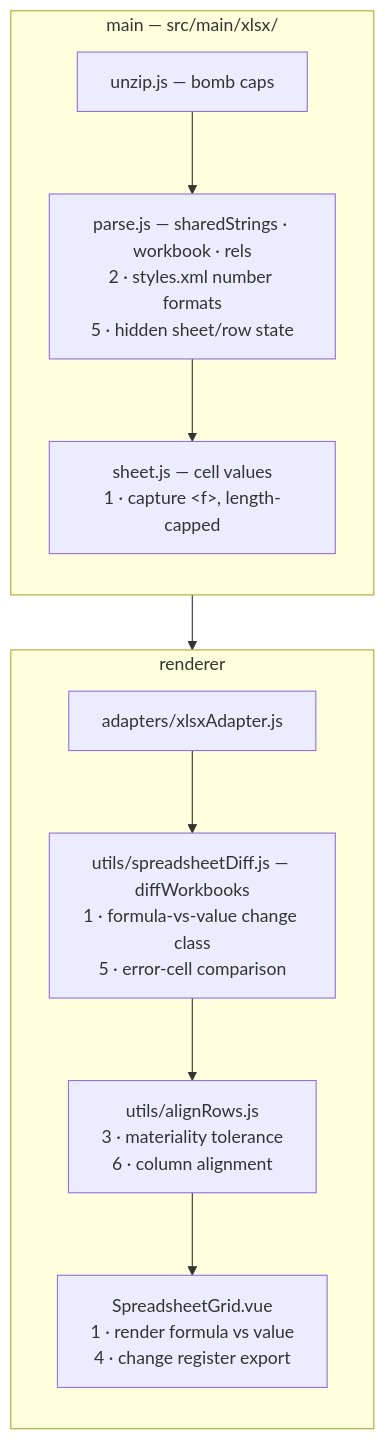
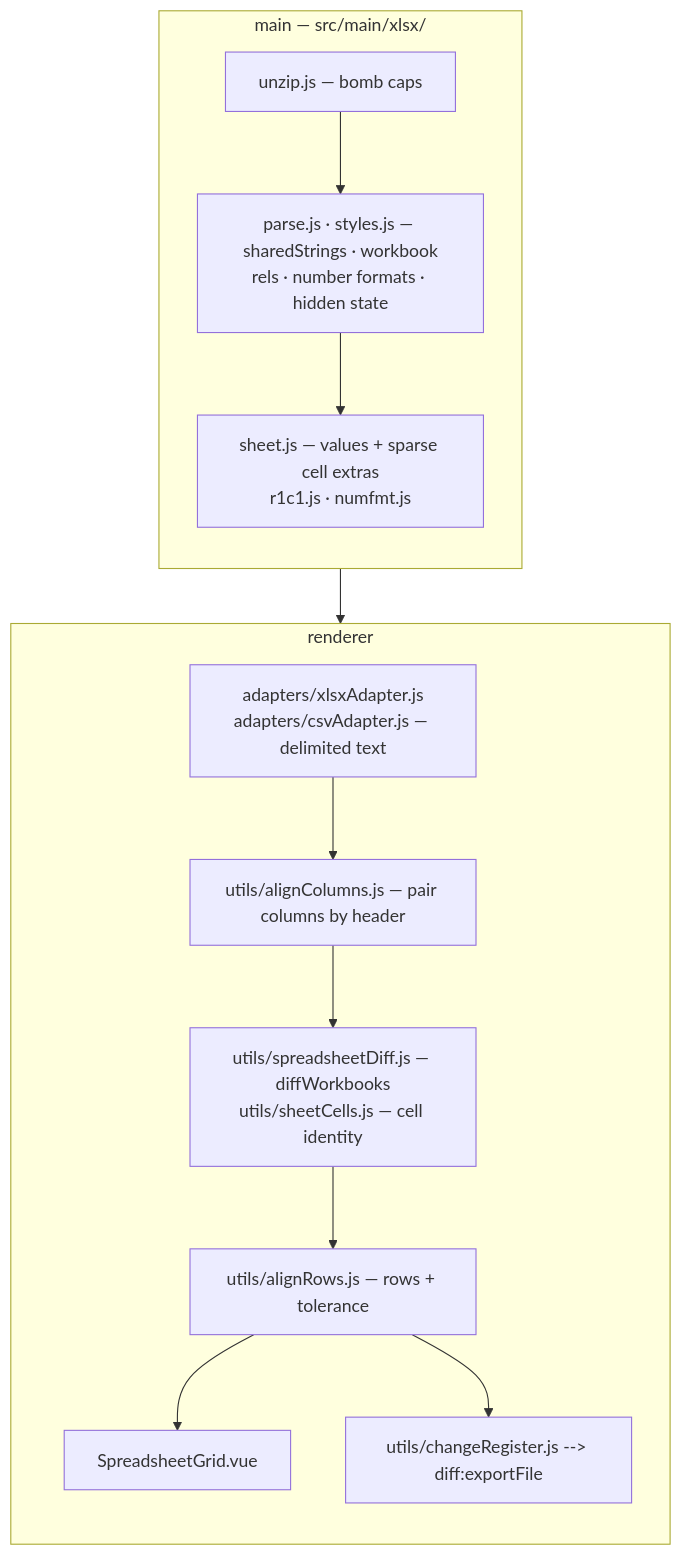
One commit to mindaugaskasp/diff-bro changed the first of 5 diagrams in docs/roadmap.md. Above: the diagram before and after it, drawn with Mermaid. The commit also changed other lines of this file and 73 other files, not shown here.

First line of the commit message:
Feat/spreadsheet rendering csv grid (#15)

````diff
--- a/docs/roadmap.md
+++ b/docs/roadmap.md
@@ -13,18 +17,20 @@
 ```mermaid
 flowchart TB
   subgraph mainp["main — src/main/xlsx/"]
     direction TB
     z["unzip.js — bomb caps"]
-    p["parse.js — sharedStrings · workbook · rels<br>2 · styles.xml number formats<br>5 · hidden sheet/row state"]
-    sh["sheet.js — cell values<br>1 · capture &lt;f&gt;, length-capped"]
+    p["parse.js · styles.js — sharedStrings · workbook<br>rels · number formats · hidden state"]
+    sh["sheet.js — values + sparse cell extras<br>r1c1.js · numfmt.js"]
     z --> p
     p --> sh
   end
-  sh --> ad["adapters/xlsxAdapter.js"]
+  sh --> ad["adapters/xlsxAdapter.js<br>adapters/csvAdapter.js — delimited text"]
   subgraph rend["renderer"]
     direction TB
-    ad --> dw["utils/spreadsheetDiff.js — diffWorkbooks<br>1 · formula-vs-value change class<br>5 · error-cell comparison"]
-    dw --> al["utils/alignRows.js<br>3 · materiality tolerance<br>6 · column alignment"]
-    al --> g["SpreadsheetGrid.vue<br>1 · render formula vs value<br>4 · change register export"]
+    ad --> ac["utils/alignColumns.js — pair columns by header"]
+    ac --> dw["utils/spreadsheetDiff.js — diffWorkbooks<br>utils/sheetCells.js — cell identity"]
+    dw --> al["utils/alignRows.js — rows + tolerance"]
+    al --> g["SpreadsheetGrid.vue"]
+    al --> cr["utils/changeRegister.js --> diff:exportFile"]
   end
 ```
````
